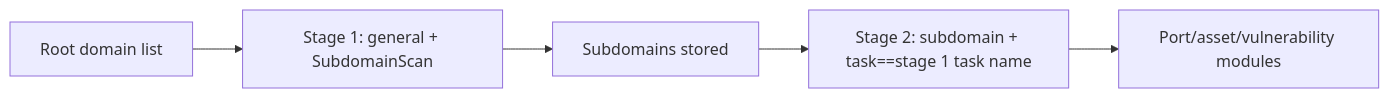
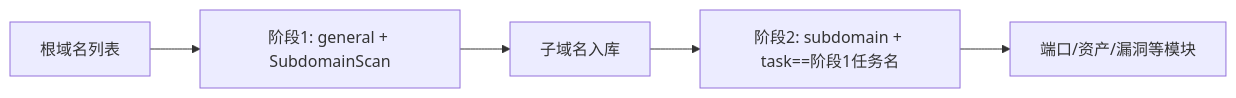
One commit to wnduddld0513/ARTEX-KR changed the diagram in skills/scopesentry/SKILL.md. Above: the diagram before and after it, drawn with Mermaid. The commit also changed other lines of this file and 38 other files, not shown here.

````diff
--- a/skills/scopesentry/SKILL.md
+++ b/skills/scopesentry/SKILL.md
@@ -164,7 +164,7 @@
 ```mermaid
 flowchart LR
-  A[Root domain list] --> B[Stage 1: general + SubdomainScan]
-  B --> C[Subdomains stored]
-  C --> D[Stage 2: subdomain + task==stage 1 task name]
-  D --> E[Port/asset/vulnerability modules]
+  A[根域名列表] --> B[阶段1: general + SubdomainScan]
+  B --> C[子域名入库]
+  C --> D[阶段2: subdomain + task==阶段1任务名]
+  D --> E[端口/资产/漏洞等模块]
 ```
````
